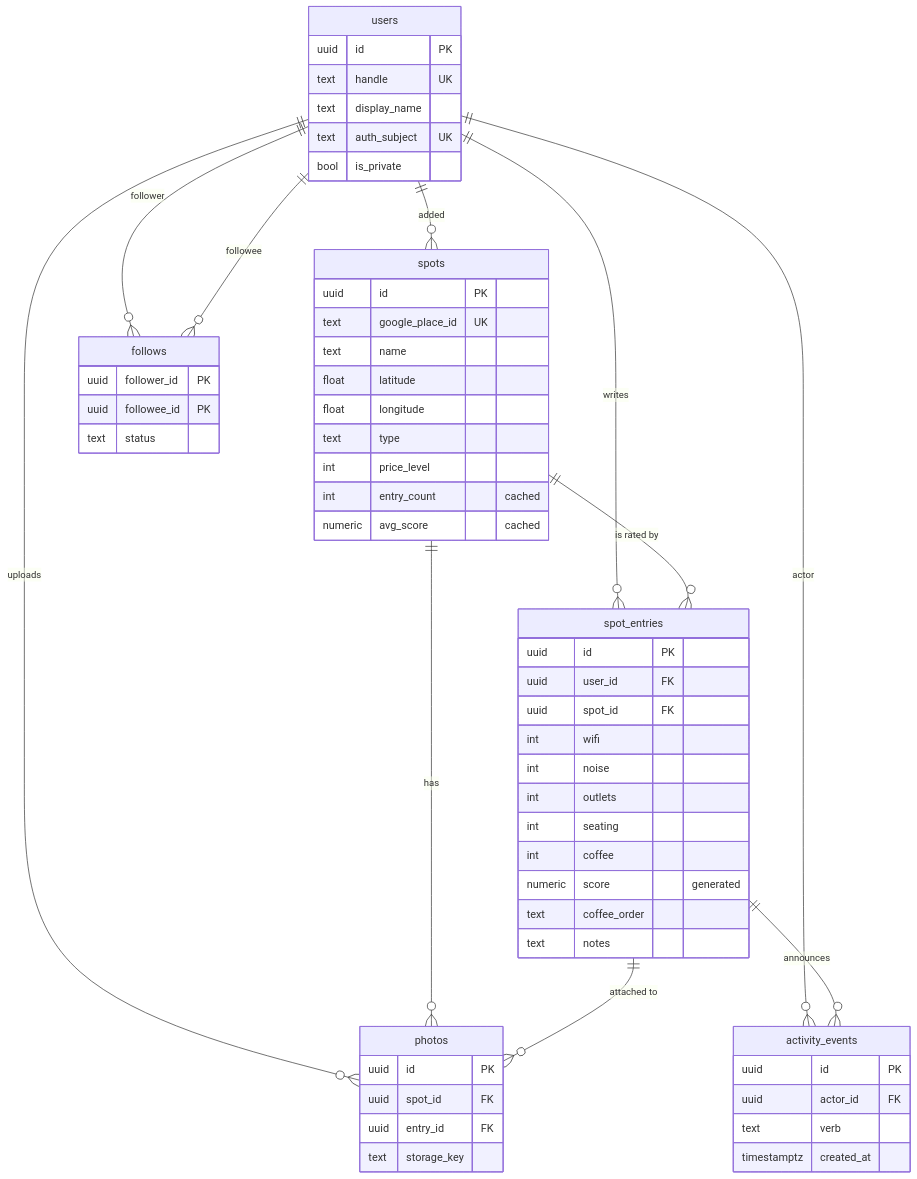
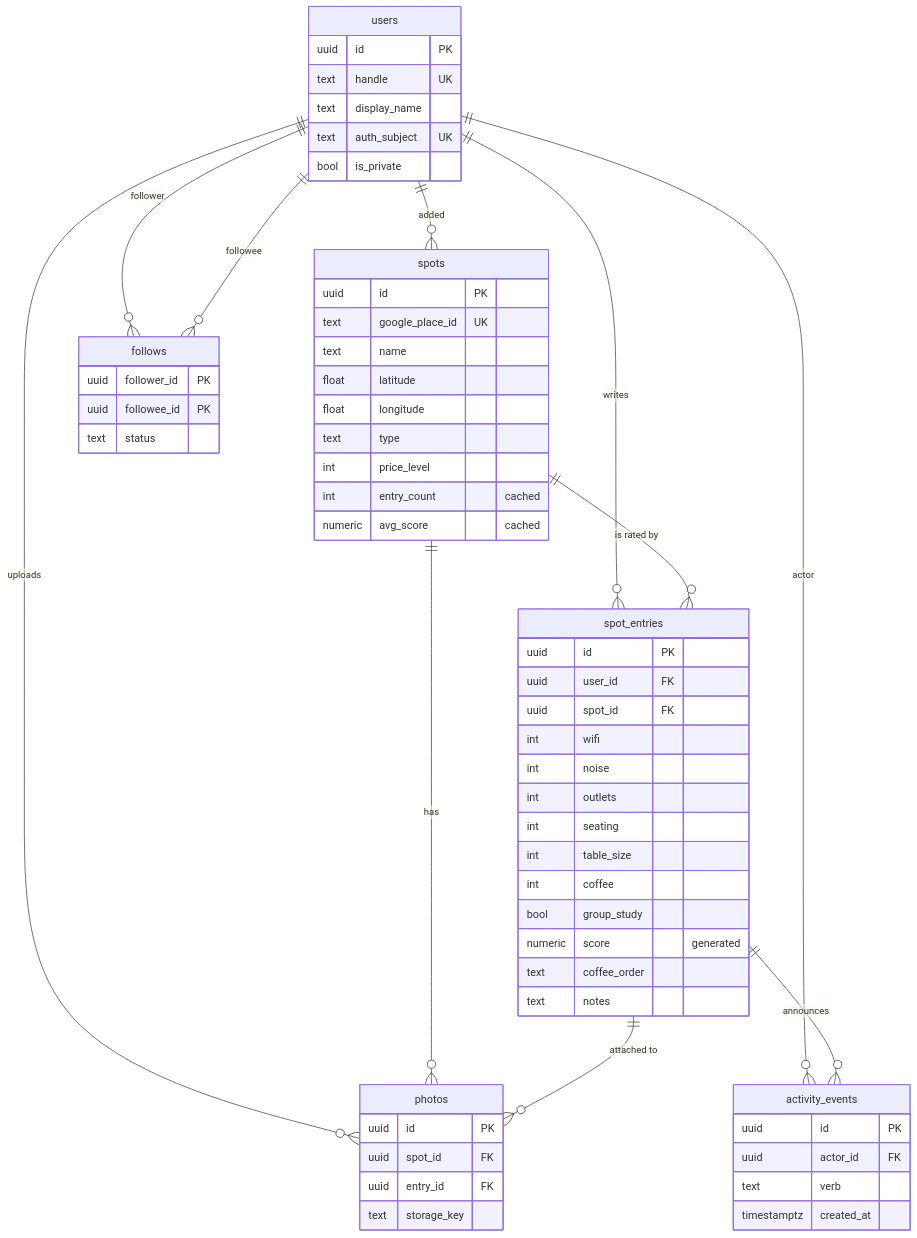
Before and after one commit to Dustrunner369/studease: the diagram in context/data-model.md, drawn with Mermaid. The commit also changed other lines of this file and 21 other files, not shown here.

Commit message:
auth-plan.md added along with new Table Size rating and Group Study rating

````diff
--- a/context/data-model.md
+++ b/context/data-model.md
@@ -8,62 +8,64 @@
 ```mermaid
 erDiagram
     users ||--o{ spot_entries : writes
     users ||--o{ spots : "added"
     users ||--o{ photos : uploads
     users ||--o{ follows : follower
     users ||--o{ follows : followee
     users ||--o{ activity_events : actor
     spots ||--o{ spot_entries : "is rated by"
     spots ||--o{ photos : has
     spot_entries ||--o{ photos : "attached to"
     spot_entries ||--o{ activity_events : announces
 
     users {
         uuid id PK
         text handle UK
         text display_name
         text auth_subject UK
         bool is_private
     }
     spots {
         uuid id PK
         text google_place_id UK
         text name
         float latitude
         float longitude
         text type
         int price_level
         int entry_count "cached"
         numeric avg_score "cached"
     }
     spot_entries {
         uuid id PK
         uuid user_id FK
         uuid spot_id FK
         int wifi
         int noise
         int outlets
         int seating
+        int table_size
         int coffee
+        bool group_study
         numeric score "generated"
         text coffee_order
         text notes
     }
     follows {
         uuid follower_id PK
         uuid followee_id PK
         text status
     }
     photos {
         uuid id PK
         uuid spot_id FK
         uuid entry_id FK
         text storage_key
     }
     activity_events {
         uuid id PK
         uuid actor_id FK
         text verb
         timestamptz created_at
     }
 ```
````
